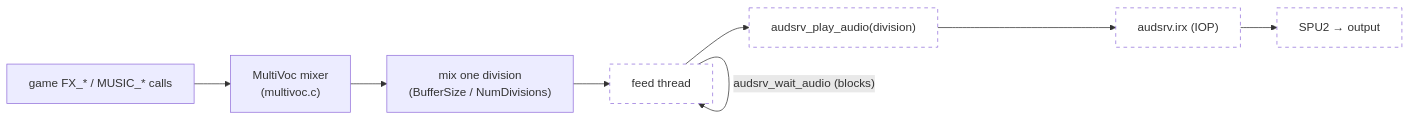
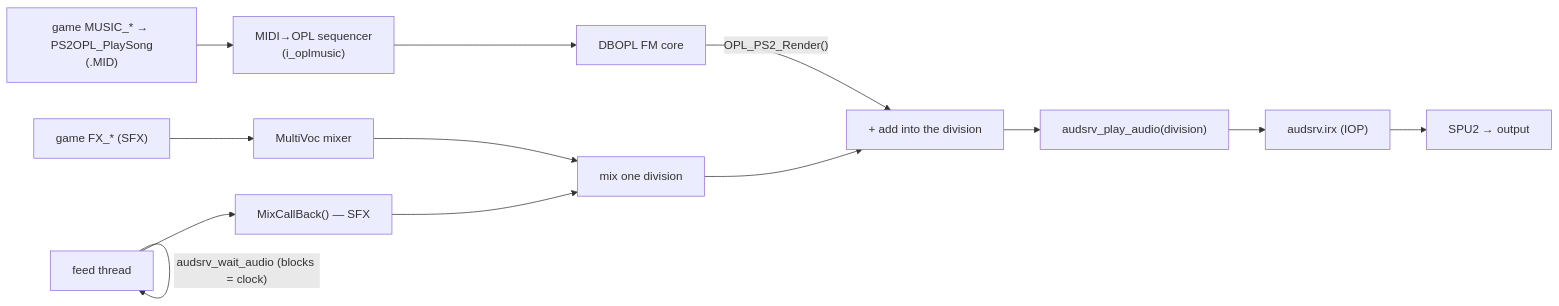
One commit to Arawn-Davies/ps2uke changed the seventh of 9 diagrams in docs/ARCHITECTURE.md. Above: the diagram before and after it, drawn with Mermaid. The commit also changed other lines of this file and 3 other files, not shown here.

First line of the commit message:
docs: update for OPL music, boot launcher/picker, analog sticks, video modes

````diff
--- a/docs/ARCHITECTURE.md
+++ b/docs/ARCHITECTURE.md
@@ -296,13 +342,15 @@
 ```mermaid
 flowchart LR
-    G["game FX_* / MUSIC_* calls"] --> MV["MultiVoc mixer<br/>(multivoc.c)"]
-    MV --> DIV["mix one division<br/>(BufferSize / NumDivisions)"]
-    DIV --> FT["feed thread"]
-    FT -->|"audsrv_wait_audio (blocks)"| FT
-    FT --> AP["audsrv_play_audio(division)"]
+    SFX["game FX_* (SFX)"] --> MV["MultiVoc mixer"]
+    MUS["game MUSIC_* → PS2OPL_PlaySong<br/>(.MID)"] --> SEQ["MIDI→OPL sequencer<br/>(i_oplmusic)"]
+    SEQ --> DB["DBOPL FM core"]
+    MV --> DIV["mix one division"]
+    FT["feed thread"] --> CB["MixCallBack() — SFX"]
+    CB --> DIV
+    DB -->|"OPL_PS2_Render()"| ADD["+ add into the division"]
+    DIV --> ADD
+    ADD --> AP["audsrv_play_audio(division)"]
+    FT -->|"audsrv_wait_audio (blocks = clock)"| FT
     AP --> IRX["audsrv.irx (IOP)"]
     IRX --> SPU["SPU2 → output"]
-
-    classDef planned stroke-dasharray:5 5,fill:#fff;
-    class FT,AP,IRX,SPU planned;
 ```
````
